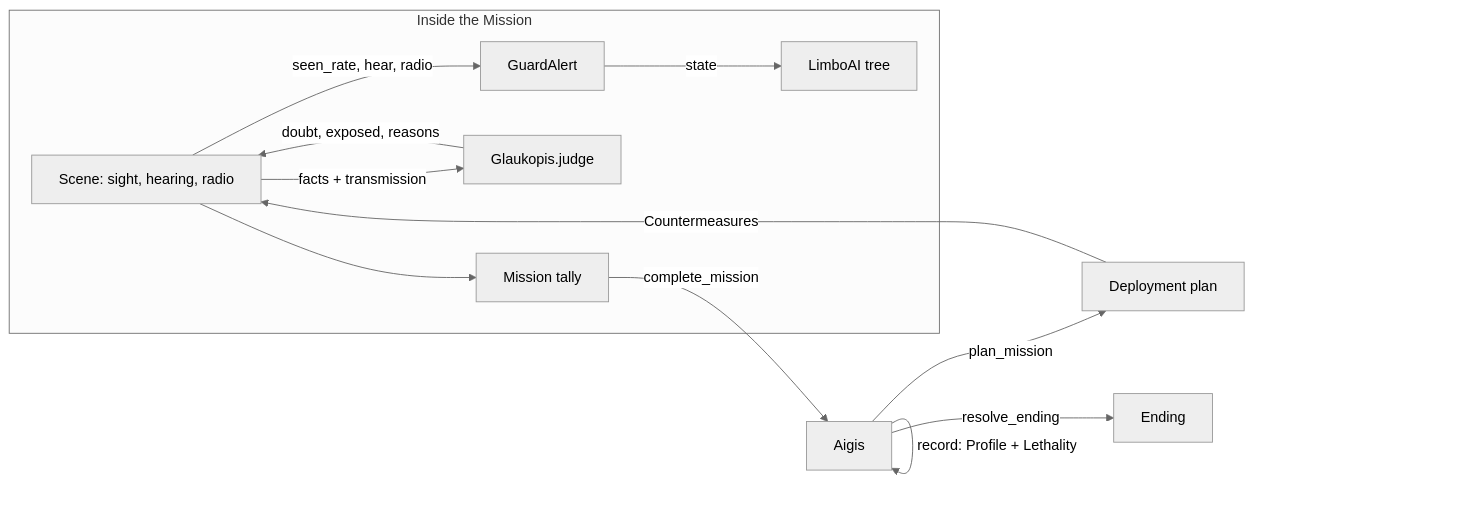
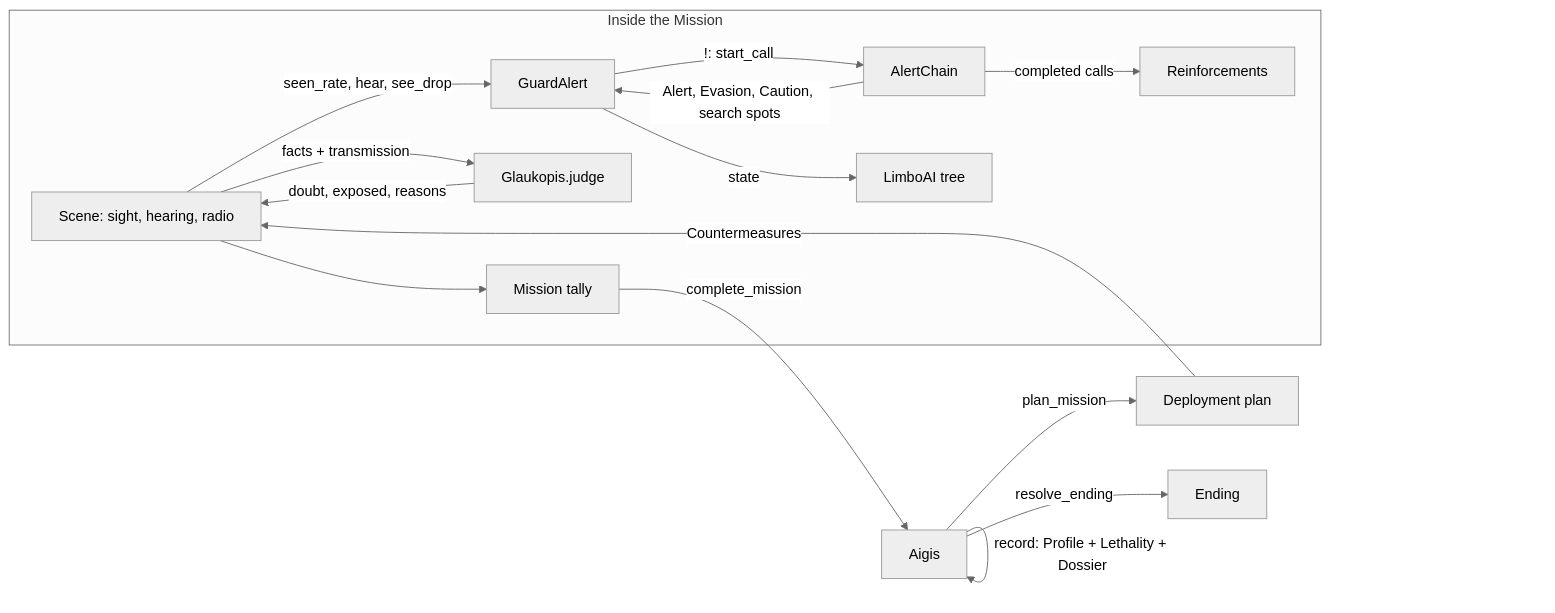
One commit to CamiloParraS/codename-DORO changed the first of 3 diagrams in docs/writeup.md. Above: the diagram before and after it, drawn with Mermaid (neutral theme). The commit also changed other lines of this file, not shown here.

First line of the commit message:
docs(writeup): add the Alert chain, Caution, partner reaction, Hold-up, Fulton and Rank

````diff
--- a/docs/writeup.md
+++ b/docs/writeup.md
@@ -23,15 +26,18 @@
 ```mermaid
 flowchart LR
   subgraph Mision[Inside the Mission]
-    E[Scene: sight, hearing, radio] -->|seen_rate, hear, radio| A[GuardAlert]
+    E[Scene: sight, hearing, radio] -->|seen_rate, hear, see_drop| A[GuardAlert]
+    A -->|"!": start_call| C[AlertChain]
+    C -->|Alert, Evasion, Caution, search spots| A
+    C -->|completed calls| R[Reinforcements]
     A -->|state| BT[LimboAI tree]
     E -->|facts + transmission| G[Glaukopis.judge]
     G -->|doubt, exposed, reasons| E
     E --> T[Mission tally]
   end
   T -->|complete_mission| AI[Aigis]
-  AI -->|record: Profile + Lethality| AI
+  AI -->|record: Profile + Lethality + Dossier| AI
   AI -->|plan_mission| P[Deployment plan]
   P -->|Countermeasures| E
   AI -->|resolve_ending| F[Ending]
 ```
````
